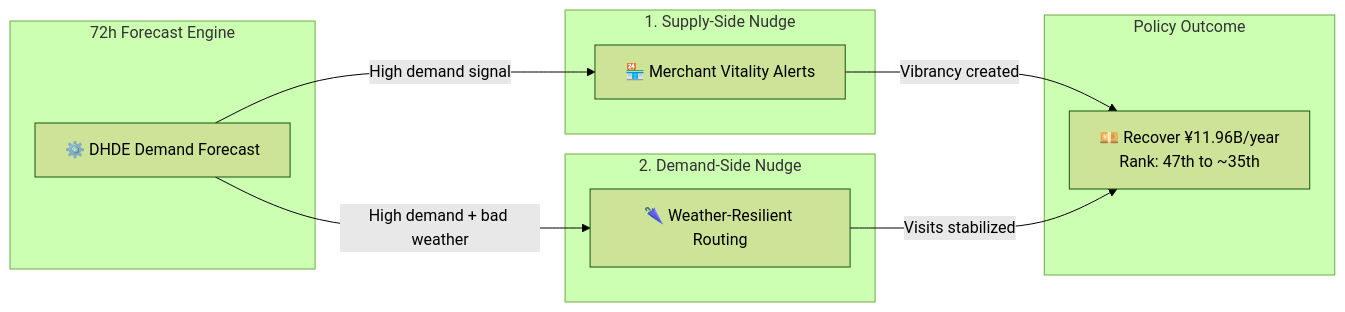
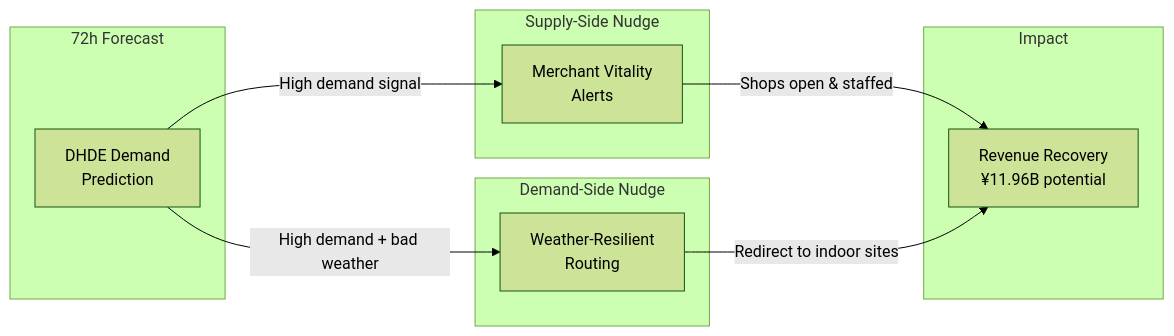
The second of 2 diagrams in output/EXECUTIVE_REPORT.md (dinabelay-hub/hokuriku-tourism-ai-governance), drawn with Mermaid (forest theme) before and after one commit. The commit also changed other lines of this file and 2 other files, not shown here.

````diff
--- a/output/EXECUTIVE_REPORT.md
+++ b/output/EXECUTIVE_REPORT.md
@@ -118,19 +92,19 @@
 ```mermaid
 graph LR
-	subgraph Forecast["72h Forecast Engine"]
-		F["⚙️ DHDE Demand Forecast"]
-	end
-	subgraph Supply["1. Supply-Side Nudge"]
-		SN["🏪 Merchant Vitality Alerts"]
-	end
-	subgraph Demand["2. Demand-Side Nudge"]
-		DN["🌂 Weather-Resilient Routing"]
-	end
-	subgraph Outcome["Policy Outcome"]
-		R["💴 Recover ¥11.96B/year<br/>Rank: 47th to ~35th"]
-	end
-	F -->|"High demand signal"| SN
-	F -->|"High demand + bad weather"| DN
-	SN -->|"Vibrancy created"| R
-	DN -->|"Visits stabilized"| R
+    subgraph Forecast["72h Forecast"]
+        F["DHDE Demand<br/>Prediction"]
+    end
+    subgraph Supply["Supply-Side Nudge"]
+        SN["Merchant Vitality<br/>Alerts"]
+    end
+    subgraph Demand["Demand-Side Nudge"]
+        DN["Weather-Resilient<br/>Routing"]
+    end
+    subgraph Outcome["Impact"]
+        R["Revenue Recovery<br/>¥11.96B potential"]
+    end
+    F -->|"High demand signal"| SN
+    F -->|"High demand + bad weather"| DN
+    SN -->|"Shops open & staffed"| R
+    DN -->|"Redirect to indoor sites"| R
 ```
````
